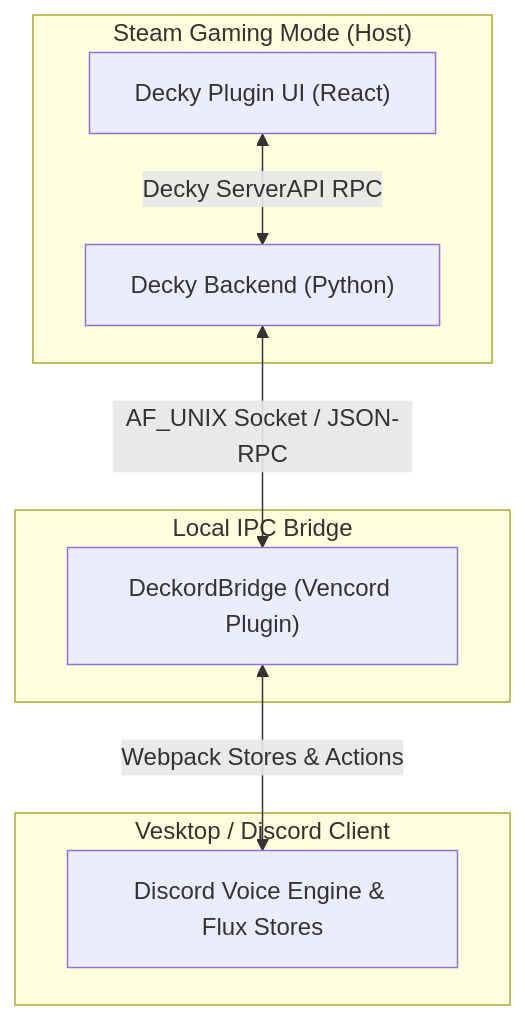
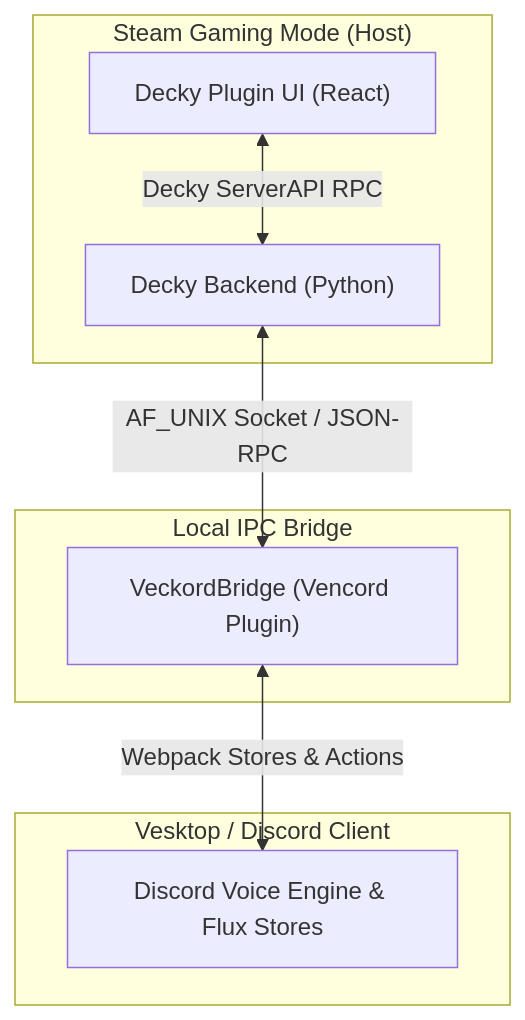
Before and after one commit to mattytacos/veckord: the diagram in README.md, drawn with Mermaid. The commit also changed other lines of this file and 26 other files, not shown here.

````diff
--- a/README.md
+++ b/README.md
@@ -28,14 +28,14 @@
 ```mermaid
 graph TD
     subgraph "Steam Gaming Mode (Host)"
         UI["Decky Plugin UI (React)"] <-->|Decky ServerAPI RPC| PY["Decky Backend (Python)"]
     end
     
     subgraph "Local IPC Bridge"
-        PY <-->|AF_UNIX Socket / JSON-RPC| BRIDGE["DeckordBridge (Vencord Plugin)"]
+        PY <-->|AF_UNIX Socket / JSON-RPC| BRIDGE["VeckordBridge (Vencord Plugin)"]
     end
     
     subgraph "Vesktop / Discord Client"
         BRIDGE <-->|Webpack Stores & Actions| DISCORD["Discord Voice Engine & Flux Stores"]
     end
 ```
````
